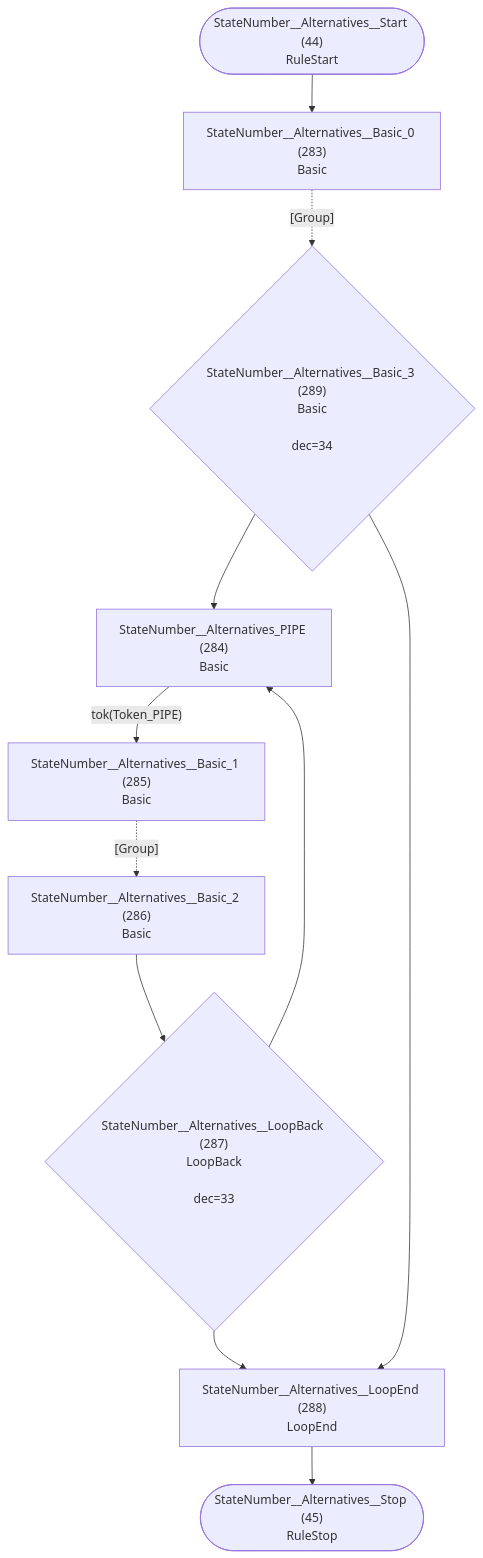
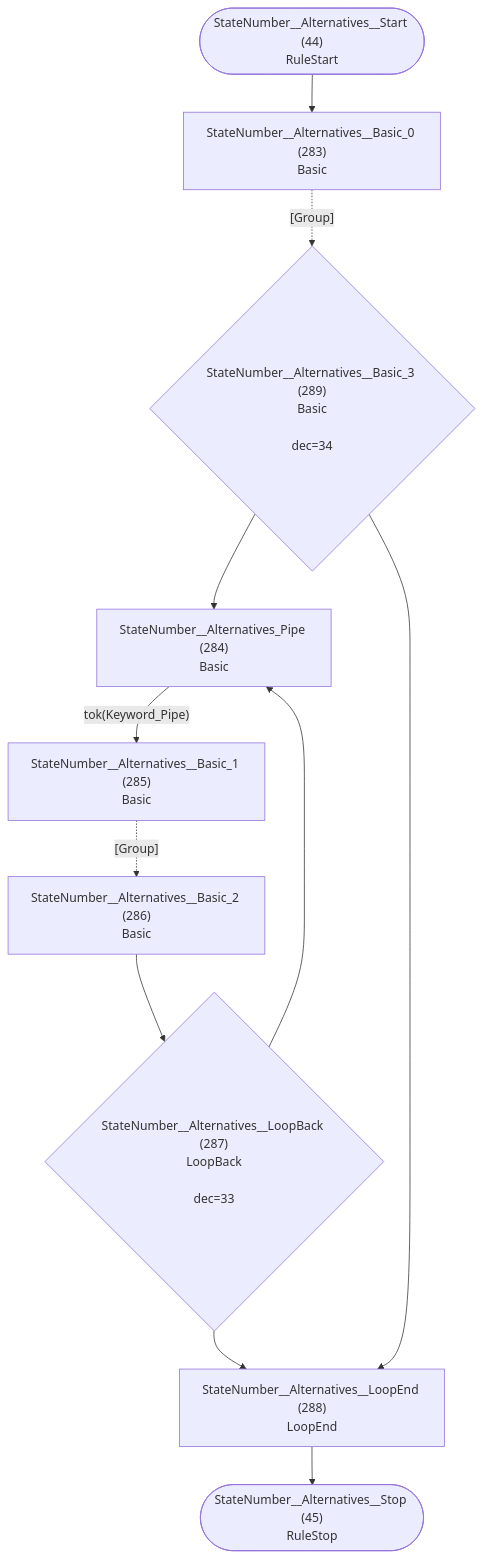
One commit to TypeFox/fastbelt changed diagram 23 of 37 in internal/grammar/atn.md. Above: the diagram before and after it, drawn with Mermaid. The commit also changed other lines of this file and 7 other files, not shown here.

````diff
--- a/internal/grammar/atn.md
+++ b/internal/grammar/atn.md
@@ -688,23 +688,23 @@
 ```mermaid
 flowchart TD
     q44(["StateNumber__Alternatives__Start (44)<br/>RuleStart"])
     q45(["StateNumber__Alternatives__Stop (45)<br/>RuleStop"])
     q283["StateNumber__Alternatives__Basic_0 (283)<br/>Basic<br/>"]
-    q284["StateNumber__Alternatives_PIPE (284)<br/>Basic<br/>"]
+    q284["StateNumber__Alternatives_Pipe (284)<br/>Basic<br/>"]
     q285["StateNumber__Alternatives__Basic_1 (285)<br/>Basic<br/>"]
     q286["StateNumber__Alternatives__Basic_2 (286)<br/>Basic<br/>"]
     q287{"StateNumber__Alternatives__LoopBack (287)<br/>LoopBack<br/><br/>dec=33"}
     q288["StateNumber__Alternatives__LoopEnd (288)<br/>LoopEnd<br/>"]
     q289{"StateNumber__Alternatives__Basic_3 (289)<br/>Basic<br/><br/>dec=34"}
 
     q44 --> q283
     q283 -.->|"[Group]"| q289
-    q284 -->|"tok(Token_PIPE)"| q285
+    q284 -->|"tok(Keyword_Pipe)"| q285
     q285 -.->|"[Group]"| q286
     q286 --> q287
     q287 --> q284
     q287 --> q288
     q288 --> q45
     q289 --> q284
     q289 --> q288
 ```
````
